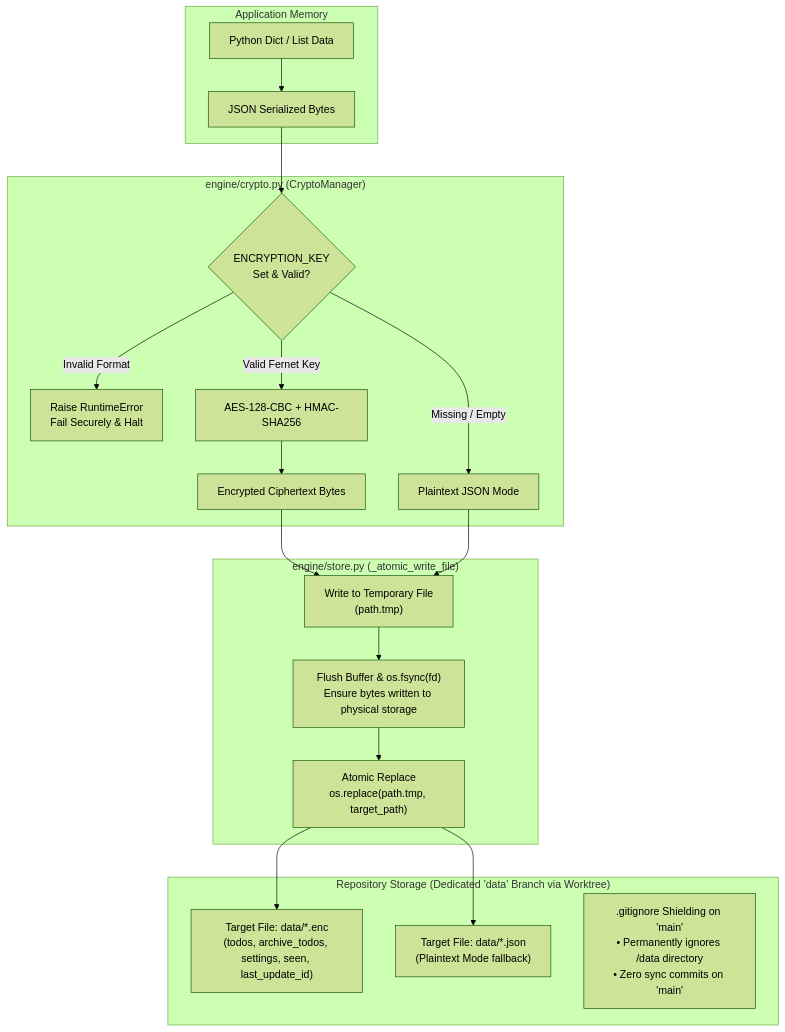
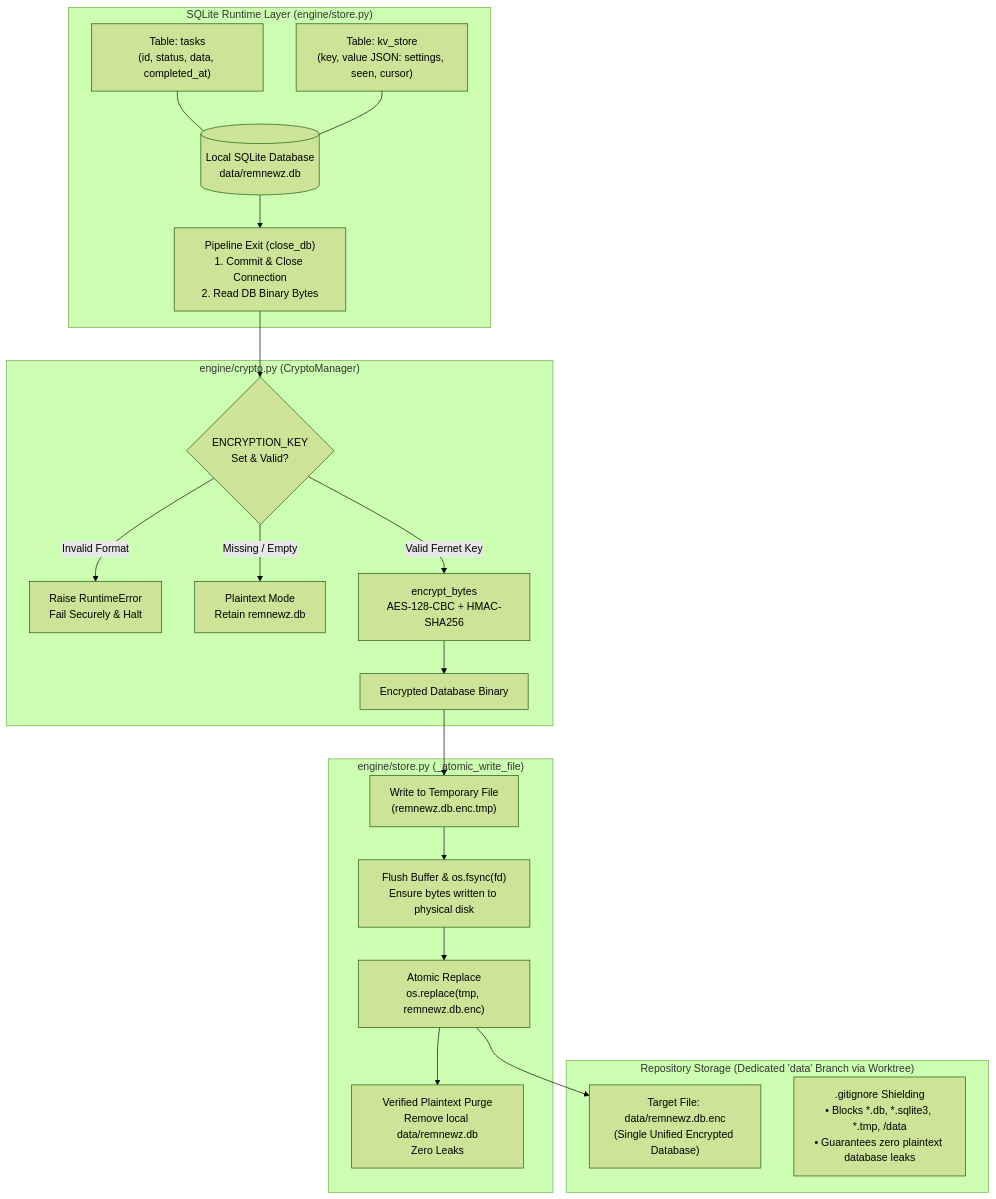
The sixth of 7 diagrams in Project Docs/structures.md (joydeepd900/RemNewz), drawn with Mermaid (forest theme) before and after one commit. The commit also changed 10 other files, not shown here.

First line of the commit message:
feat(engine): migrate to unified encrypted SQLite database (remnewz.db.enc)

````diff
--- a/Project Docs/structures.md
+++ b/Project Docs/structures.md
@@ -299,35 +299,41 @@
 ```mermaid
 flowchart TD
-    subgraph Memory["Application Memory"]
-        OBJ[Python Dict / List Data]
-        JSON_BYTES[JSON Serialized Bytes]
-        OBJ --> JSON_BYTES
+    subgraph DatabaseLayer["SQLite Runtime Layer (engine/store.py)"]
+        SQLITE_DB[("Local SQLite Database<br/>data/remnewz.db")]
+        TASKS_TBL["Table: tasks<br/>(id, status, data, completed_at)"]
+        KV_TBL["Table: kv_store<br/>(key, value JSON: settings, seen, cursor)"]
+        
+        TASKS_TBL --- SQLITE_DB
+        KV_TBL --- SQLITE_DB
+        
+        CLOSE["Pipeline Exit (close_db)<br/>1. Commit & Close Connection<br/>2. Read DB Binary Bytes"]
+        SQLITE_DB --> CLOSE
     end
 
     subgraph CryptoLayer["engine/crypto.py (CryptoManager)"]
         CHK_KEY{ENCRYPTION_KEY<br/>Set & Valid?}
         CHK_KEY -- Invalid Format --> FAIL_SECURE[Raise RuntimeError<br/>Fail Securely & Halt]
-        CHK_KEY -- Missing / Empty --> PLAIN_MODE[Plaintext JSON Mode]
-        CHK_KEY -- Valid Fernet Key --> ENC_MODE[AES-128-CBC + HMAC-SHA256]
+        CHK_KEY -- Missing / Empty --> PLAIN_MODE[Plaintext Mode<br/>Retain remnewz.db]
+        CHK_KEY -- Valid Fernet Key --> ENC_MODE[encrypt_bytes<br/>AES-128-CBC + HMAC-SHA256]
         
-        JSON_BYTES --> CHK_KEY
-        ENC_MODE --> CIPHER_BYTES[Encrypted Ciphertext Bytes]
+        CLOSE --> CHK_KEY
+        ENC_MODE --> CIPHER_BYTES[Encrypted Database Binary]
     end
 
     subgraph AtomicIO["engine/store.py (_atomic_write_file)"]
-        TMP_FILE["Write to Temporary File<br/>(path.tmp)"]
-        FSYNC["Flush Buffer & os.fsync(fd)<br/>Ensure bytes written to physical storage"]
-        OS_REPLACE["Atomic Replace<br/>os.replace(path.tmp, target_path)"]
+        TMP_FILE["Write to Temporary File<br/>(remnewz.db.enc.tmp)"]
+        FSYNC["Flush Buffer & os.fsync(fd)<br/>Ensure bytes written to physical disk"]
+        OS_REPLACE["Atomic Replace<br/>os.replace(tmp, remnewz.db.enc)"]
+        VERIFIED_PURGE["Verified Plaintext Purge<br/>Remove local data/remnewz.db<br/>Zero Leaks"]
         
         CIPHER_BYTES --> TMP_FILE
-        PLAIN_MODE --> TMP_FILE
         TMP_FILE --> FSYNC
         FSYNC --> OS_REPLACE
+        OS_REPLACE --> VERIFIED_PURGE
     end
 
     subgraph DiskStorage["Repository Storage (Dedicated 'data' Branch via Worktree)"]
-        OS_REPLACE --> DATA_ENC["Target File: data/*.enc<br/>(todos, archive_todos, settings, seen, last_update_id)"]
-        OS_REPLACE --> DATA_JSON["Target File: data/*.json<br/>(Plaintext Mode fallback)"]
-        GITIGNORE[".gitignore Shielding on 'main'<br/>• Permanently ignores /data directory<br/>• Zero sync commits on 'main'"]
+        OS_REPLACE --> DATA_ENC["Target File: data/remnewz.db.enc<br/>(Single Unified Encrypted Database)"]
+        GITIGNORE[".gitignore Shielding<br/>• Blocks *.db, *.sqlite3, *.tmp, /data<br/>• Guarantees zero plaintext database leaks"]
     end
 ```
````
